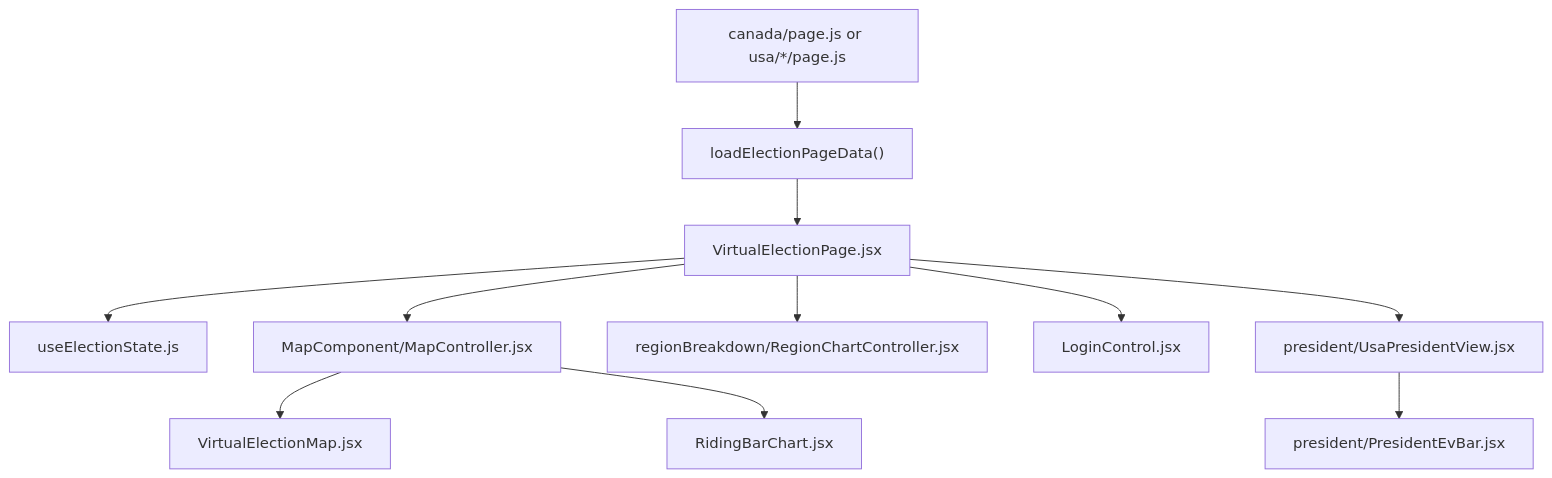
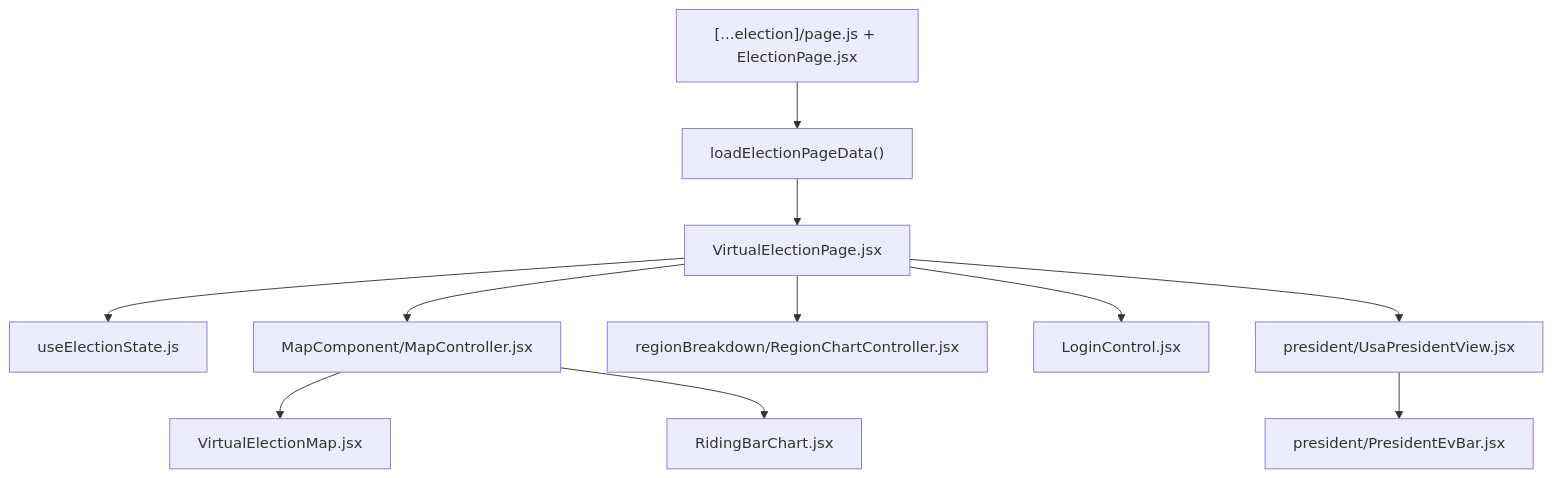
Before and after one commit to CaulesGe/VirtualElection: the third of 4 diagrams in README.md, drawn with Mermaid. The commit also changed other lines of this file and 45 other files, not shown here.

````diff
--- a/README.md
+++ b/README.md
@@ -188,13 +179,13 @@
 ```mermaid
 flowchart TD
-  entry["canada/page.js or usa/*/page.js"] --> loader["loadElectionPageData()"]
+  entry["[...election]/page.js + ElectionPage.jsx"] --> loader["loadElectionPageData()"]
   loader --> page["VirtualElectionPage.jsx"]
   page --> state["useElectionState.js"]
   page --> map["MapComponent/MapController.jsx"]
   page --> region["regionBreakdown/RegionChartController.jsx"]
   page --> login["LoginControl.jsx"]
   map --> mapSurface["VirtualElectionMap.jsx"]
   map --> barChart["RidingBarChart.jsx"]
   page --> presidentView["president/UsaPresidentView.jsx"]
   presidentView --> evBar["president/PresidentEvBar.jsx"]
 ```
````
